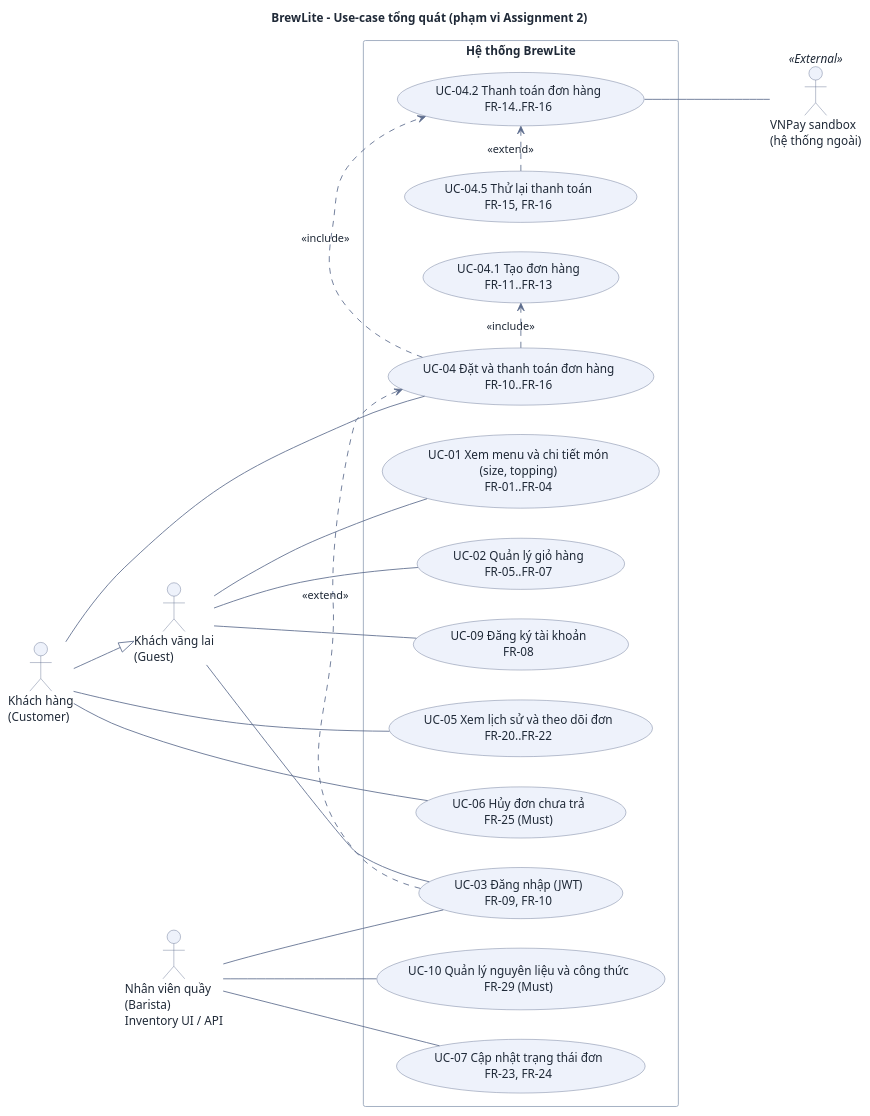
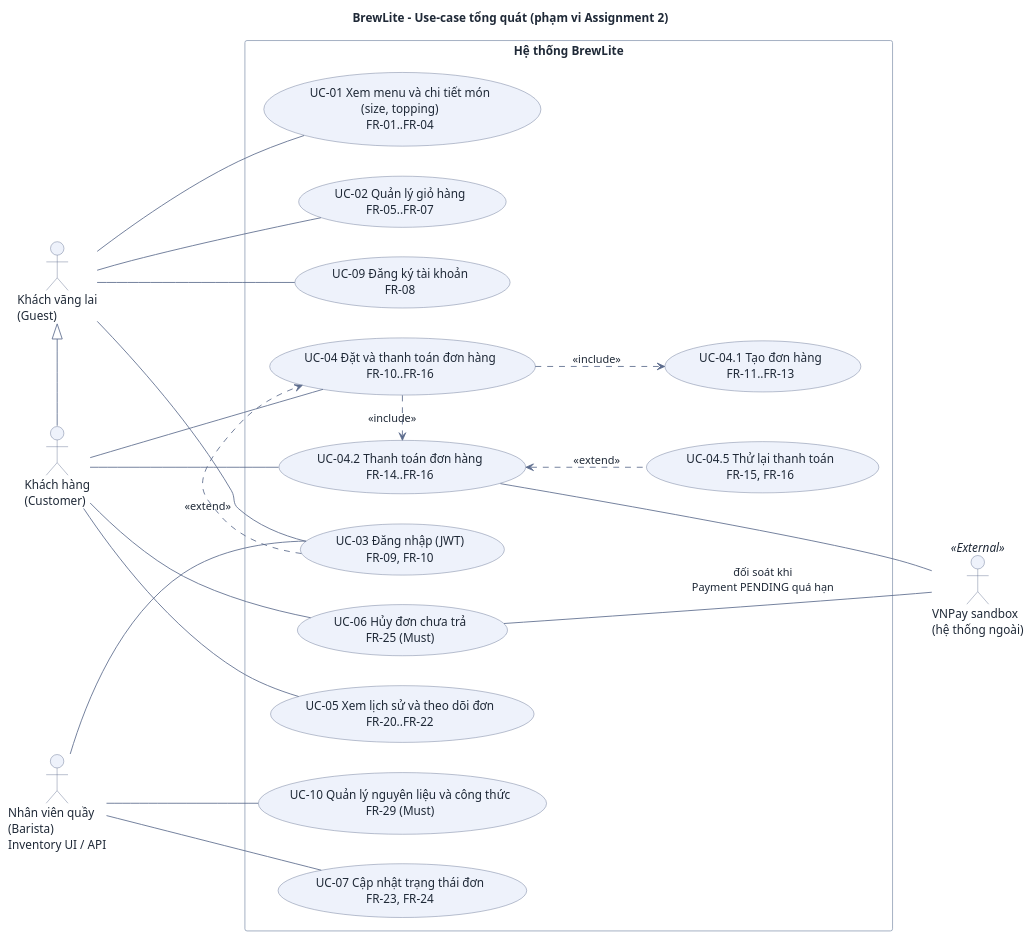
One commit to DuVinhLoi/BrewLite changed the diagram in docs/requirements/use-case-overview.puml. Above: the diagram before and after it, drawn with PlantUML. The commit also changed 5 other files, not shown here.

First line of the commit message:
docs(uc): align the checkout use-case diagrams with UML, SRS and sequence

```diff
--- a/docs/requirements/use-case-overview.puml
+++ b/docs/requirements/use-case-overview.puml
@@ -1,62 +1,69 @@
 @startuml use-case-overview
 ' BrewLite A2 - Use-case diagram tong quat (de A2 3.2 muc 5). Nguon: docs/requirements/srs.md muc 2.
 skinparam DefaultFontColor #1f2937
 skinparam ArrowColor #5b6b8c
 skinparam ArrowFontColor #1f2937
 skinparam PackageBackgroundColor #f8fafc
 skinparam PackageBorderColor #94a3b8
 skinparam RectangleBackgroundColor #ffffff
 skinparam RectangleBorderColor #94a3b8
 skinparam ActorBackgroundColor #eef2fb
 skinparam ActorBorderColor #5b6b8c
 skinparam UsecaseBackgroundColor #eef2fb
 skinparam UsecaseBorderColor #5b6b8c
 skinparam Shadowing false
 
 left to right direction
 
 title BrewLite - Use-case tổng quát (phạm vi Assignment 2)
 
 actor "Khách vãng lai\n(Guest)" as Guest
 actor "Khách hàng\n(Customer)" as Customer
 actor "Nhân viên quầy\n(Barista)\nInventory UI / API" as Barista
 actor "VNPay sandbox\n(hệ thống ngoài)" as Pay <<External>>
 
-Customer --|> Guest
 
 rectangle "Hệ thống BrewLite" {
   usecase "UC-01 Xem menu và chi tiết món\n(size, topping)\nFR-01..FR-04" as UC01
   usecase "UC-02 Quản lý giỏ hàng\nFR-05..FR-07" as UC02
   usecase "UC-03 Đăng nhập (JWT)\nFR-09, FR-10" as UC03
   usecase "UC-09 Đăng ký tài khoản\nFR-08" as UC09
   usecase "UC-04 Đặt và thanh toán đơn hàng\nFR-10..FR-16" as UC04
   usecase "UC-04.1 Tạo đơn hàng\nFR-11..FR-13" as UC041
   usecase "UC-04.2 Thanh toán đơn hàng\nFR-14..FR-16" as UC042
   usecase "UC-04.5 Thử lại thanh toán\nFR-15, FR-16" as UC045
   usecase "UC-05 Xem lịch sử và theo dõi đơn\nFR-20..FR-22" as UC05
   usecase "UC-06 Hủy đơn chưa trả\nFR-25 (Must)" as UC06
   usecase "UC-10 Quản lý nguyên liệu và công thức\nFR-29 (Must)" as UC10
   usecase "UC-07 Cập nhật trạng thái đơn\nFR-23, FR-24" as UC07
 }
 
+Guest <|- Customer
+
 Guest --- UC01
 Guest --- UC02
 Guest --- UC03
 Guest --- UC09
 
 Customer --- UC04
 Customer --- UC05
 Customer --- UC06
+Customer --- UC042
 
 Barista --- UC03
 Barista --- UC07
 Barista --- UC10
 
-UC04 .> UC041 : <<include>>
+UC04 ..> UC041 : <<include>>
 UC04 .> UC042 : <<include>>
-UC045 .> UC042 : <<extend>>
+UC042 <.. UC045 : <<extend>>
 UC03 .> UC04 : <<extend>>
+UC042 -[hidden]> UC06
+UC06 -[hidden]> UC05
+UC05 -[hidden]> UC10
+UC10 -[hidden]> UC07
 
 UC042 --- Pay
+UC06 --- Pay : đối soát khi\nPayment PENDING quá hạn
 
 @enduml
```
